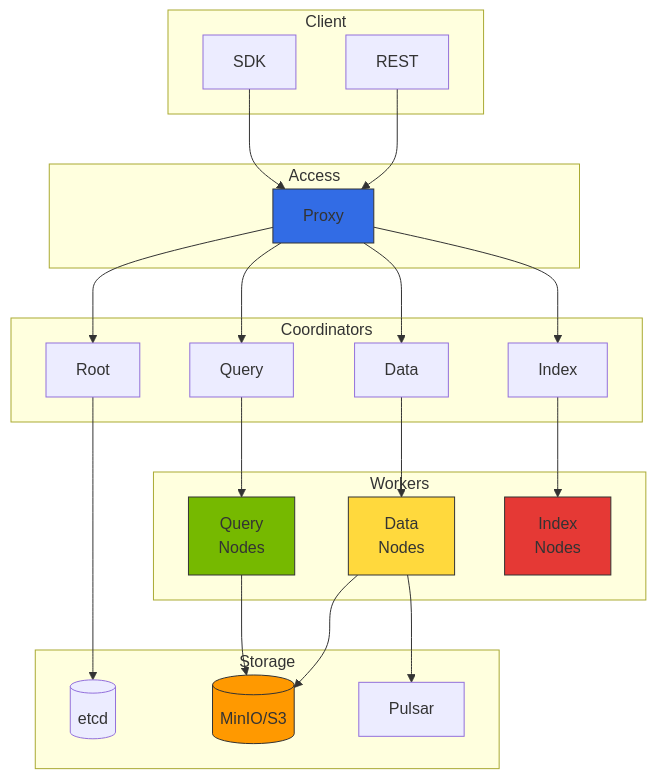
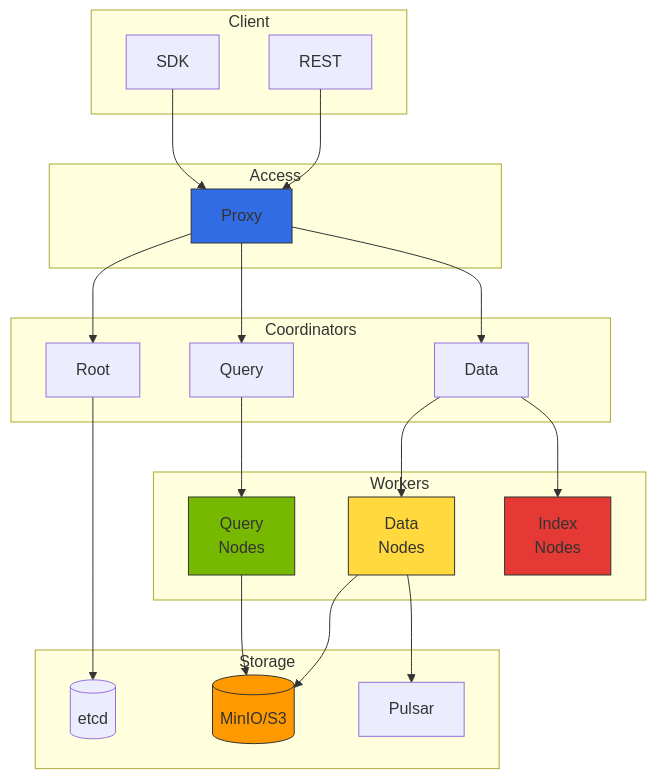
The second of 2 diagrams in docs/agentic-ai-platform/operations-mlops/data-infrastructure/milvus-vector-database.md (devfloor9/engineering-playbook), drawn with Mermaid before and after one commit. The commit also changed other lines of this file and 13 other files, not shown here.

````diff
--- a/docs/agentic-ai-platform/operations-mlops/data-infrastructure/milvus-vector-database.md
+++ b/docs/agentic-ai-platform/operations-mlops/data-infrastructure/milvus-vector-database.md
@@ -74,47 +74,46 @@
 ```mermaid
 flowchart TB
     subgraph CL["Client"]
         SDK[SDK]
         REST[REST]
     end
 
     subgraph ACC["Access"]
         P[Proxy]
     end
 
     subgraph COORD["Coordinators"]
         RC[Root]
         QC[Query]
         DC[Data]
-        IC[Index]
     end
 
     subgraph WRK["Workers"]
         QN[Query<br/>Nodes]
         DN[Data<br/>Nodes]
         IN[Index<br/>Nodes]
     end
 
     subgraph STR["Storage"]
         E[(etcd)]
         M[(MinIO/S3)]
         PS[Pulsar]
     end
 
     SDK & REST --> P
-    P --> RC & QC & DC & IC
+    P --> RC & QC & DC
 
     QC --> QN
     DC --> DN
-    IC --> IN
+    DC --> IN
 
     RC --> E
     QN --> M
     DN --> M & PS
 
     style P fill:#326ce5,stroke:#333
     style QN fill:#76b900,stroke:#333
     style DN fill:#ffd93d,stroke:#333
     style IN fill:#e53935,stroke:#333
     style M fill:#ff9900,stroke:#333
 ```
````
